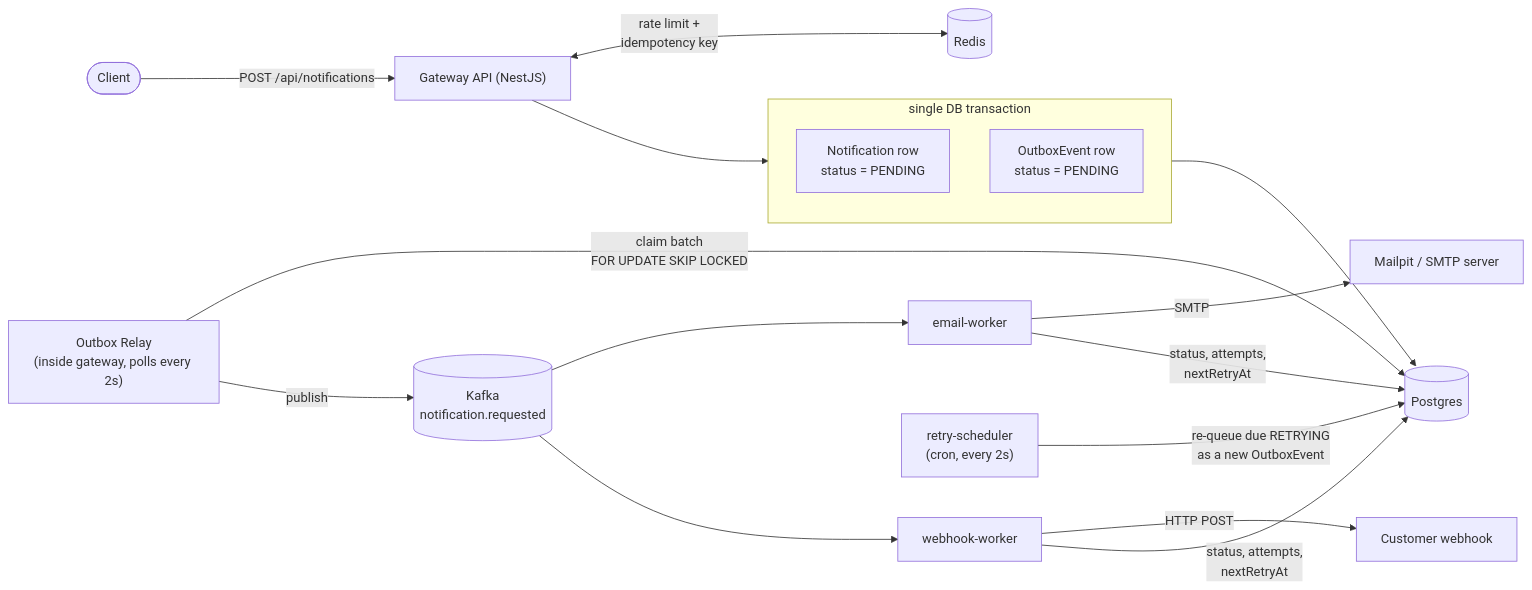
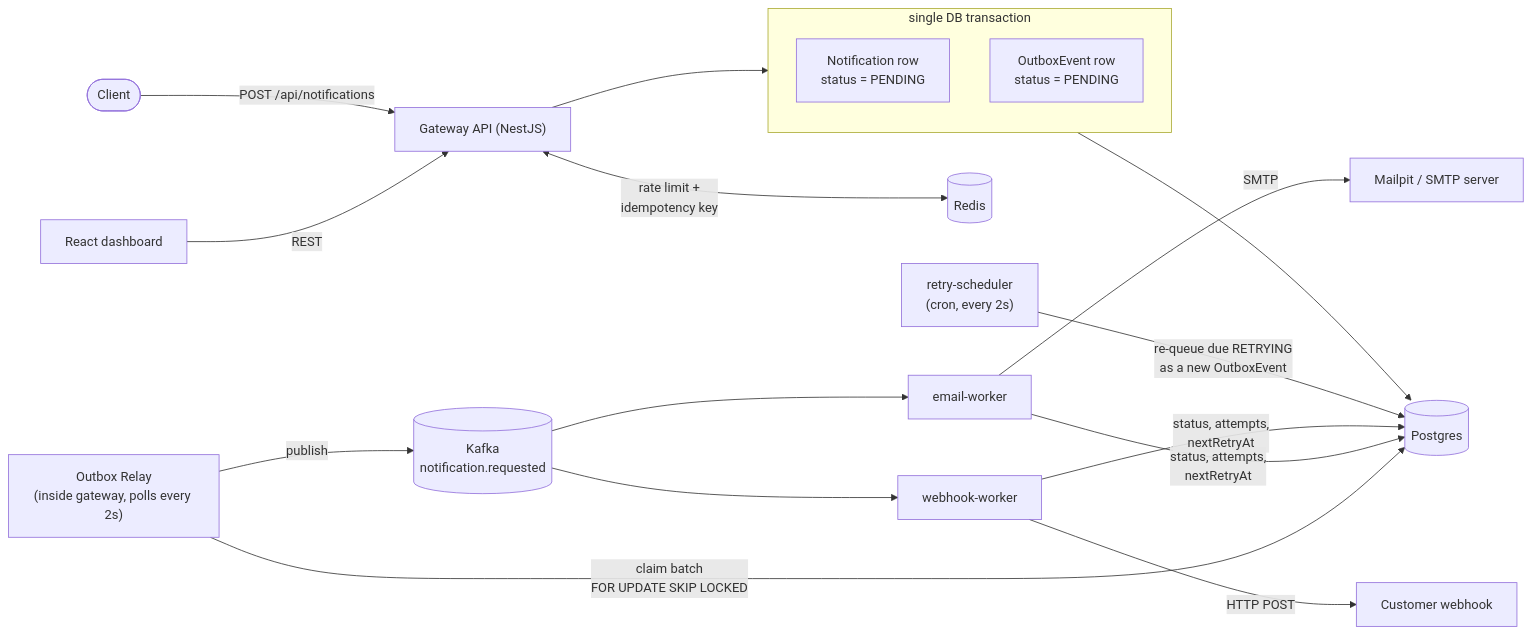
One commit to AmarKajevic/Notifications-Platform changed the diagram in README.md. Above: the diagram before and after it, drawn with Mermaid. The commit also changed other lines of this file and 59 other files, not shown here.

````diff
--- a/README.md
+++ b/README.md
@@ -7,27 +9,28 @@
 ```mermaid
 flowchart LR
+    UI["React dashboard"] -->|"REST"| Gateway
     Client(["Client"]) -->|"POST /api/notifications"| Gateway["Gateway API (NestJS)"]
     Gateway <-->|"rate limit +<br/>idempotency key"| Redis[("Redis")]
 
     subgraph tx["single DB transaction"]
         direction TB
         N["Notification row<br/>status = PENDING"]
         O["OutboxEvent row<br/>status = PENDING"]
     end
 
     Gateway --> tx
     tx --> DB[(Postgres)]
 
     Relay["Outbox Relay<br/>(inside gateway, polls every 2s)"] -->|"claim batch<br/>FOR UPDATE SKIP LOCKED"| DB
     Relay -->|publish| Kafka[("Kafka<br/>notification.requested")]
 
     Kafka --> EmailWorker["email-worker"]
     Kafka --> WebhookWorker["webhook-worker"]
     EmailWorker -->|SMTP| Mail["Mailpit / SMTP server"]
     WebhookWorker -->|"HTTP POST"| Hook["Customer webhook"]
 
     EmailWorker -->|"status, attempts,<br/>nextRetryAt"| DB
     WebhookWorker -->|"status, attempts,<br/>nextRetryAt"| DB
 
     Scheduler["retry-scheduler<br/>(cron, every 2s)"] -->|"re-queue due RETRYING<br/>as a new OutboxEvent"| DB
 ```
````
